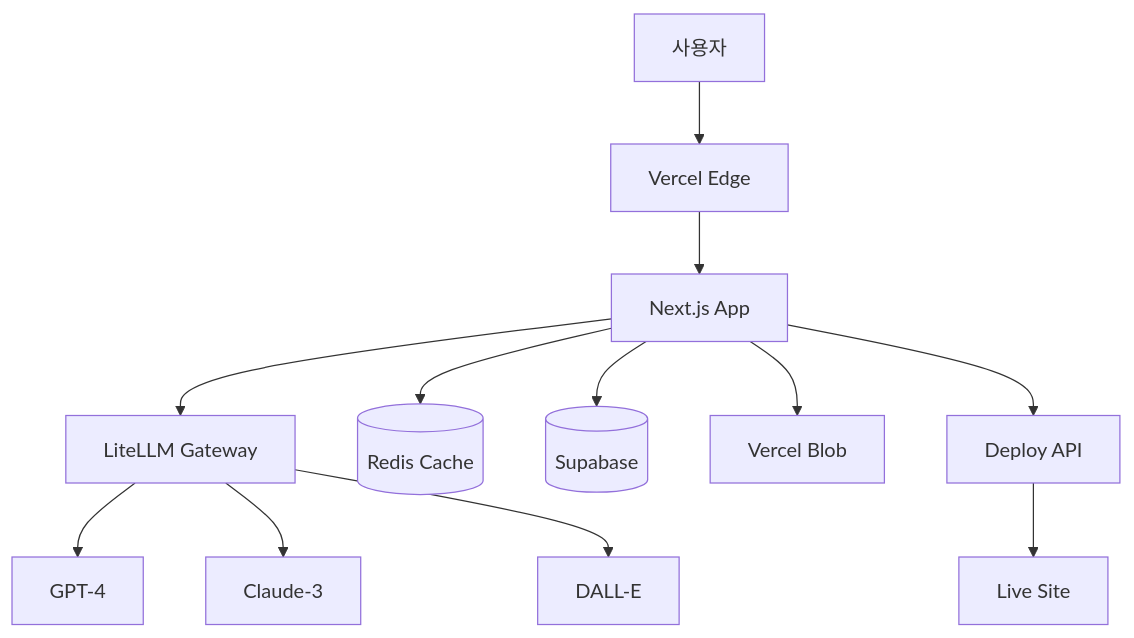
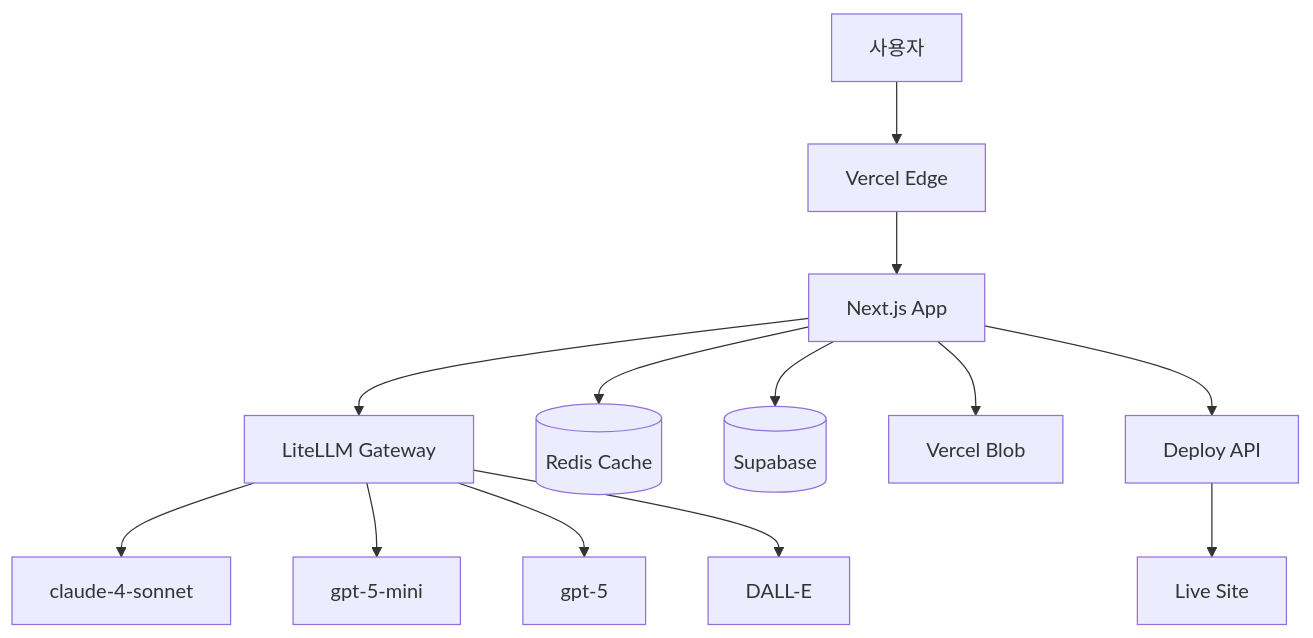
The diagram in prd.md (robb-lee/aether), drawn with Mermaid before and after one commit. The commit also changed other lines of this file and 6 other files, not shown here.

````diff
--- a/prd.md
+++ b/prd.md
@@ -94,14 +93,15 @@
 ```mermaid
 graph TB
     U[사용자] --> V[Vercel Edge]
     V --> N[Next.js App]
     N --> LL[LiteLLM Gateway]
-    LL --> GPT[GPT-4]
-    LL --> Claude[Claude-3]
+    LL --> CS[claude-4-sonnet]
+    LL --> GM[gpt-5-mini]
+    LL --> GP[gpt-5]
     LL --> DALLE[DALL-E]
     N --> R[(Redis Cache)]
     N --> S[(Supabase)]
     N --> B[Vercel Blob]
     N --> D[Deploy API]
     D --> LIVE[Live Site]
 ```
````
